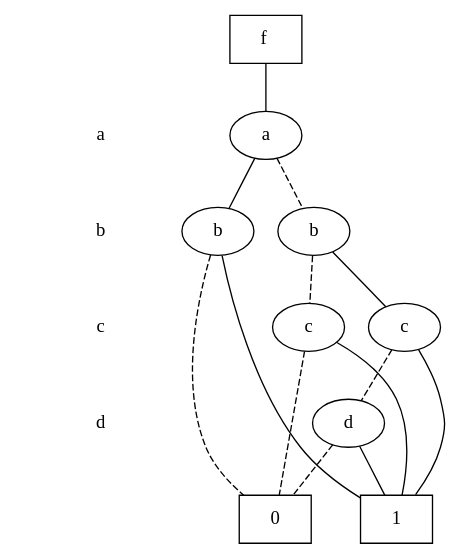
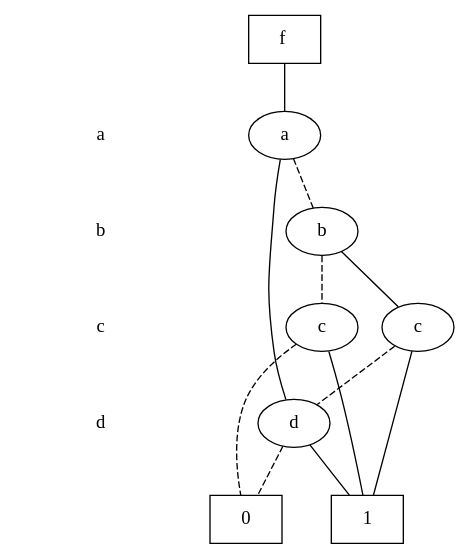
The diagram in BDDs/blifbdd-package/blif2bdd/test-L14.bdd.dot (Yu-Utah/ECE-CS-5740-6740-CAD), drawn with Graphviz before and after one commit. The commit also changed 7 other files, not shown here.

```diff
--- a/BDDs/blifbdd-package/blif2bdd/test-L14.bdd.dot
+++ b/BDDs/blifbdd-package/blif2bdd/test-L14.bdd.dot
@@ -1,46 +1,43 @@
 digraph "DD" {
 size = "7.5,10"
 center = true;
 edge [dir = none];
 { node [shape = plaintext];
   edge [style = invis];
   "CONST NODES" [style = invis];
 " a " -> " b " -> " c " -> " d " -> "CONST NODES"; 
 }
 { rank = same; node [shape = box]; edge [style = invis];
 "  f  "; }
 { rank = same; " a ";
-"0x61" [label="a"];
+"0x5f" [label="a"];
 }
 { rank = same; " b ";
-"0x5c" [label="b"];
-"0x60" [label="b"];
+"0x5e" [label="b"];
 }
 { rank = same; " c ";
-"0x5f" [label="c"];
-"0x5e" [label="c"];
+"0x5c" [label="c"];
+"0x5d" [label="c"];
 }
 { rank = same; " d ";
-"0x5d" [label="d"];
+"0x5b" [label="d"];
 }
 { rank = same; "CONST NODES";
 { node [shape = box]; "0x49";
 "0x48";
 }
 }
-"  f  " -> "0x61" [style = solid];
-"0x61" -> "0x5c";
-"0x61" -> "0x60" [style = dashed];
+"  f  " -> "0x5f" [style = solid];
+"0x5f" -> "0x5b";
+"0x5f" -> "0x5e" [style = dashed];
+"0x5e" -> "0x5c";
+"0x5e" -> "0x5d" [style = dashed];
 "0x5c" -> "0x48";
-"0x5c" -> "0x49" [style = dashed];
-"0x60" -> "0x5e";
-"0x60" -> "0x5f" [style = dashed];
-"0x5f" -> "0x48";
-"0x5f" -> "0x49" [style = dashed];
-"0x5e" -> "0x48";
-"0x5e" -> "0x5d" [style = dashed];
+"0x5c" -> "0x5b" [style = dashed];
 "0x5d" -> "0x48";
 "0x5d" -> "0x49" [style = dashed];
+"0x5b" -> "0x48";
+"0x5b" -> "0x49" [style = dashed];
 "0x49" [label = "0"];
 "0x48" [label = "1"];
 }
```
